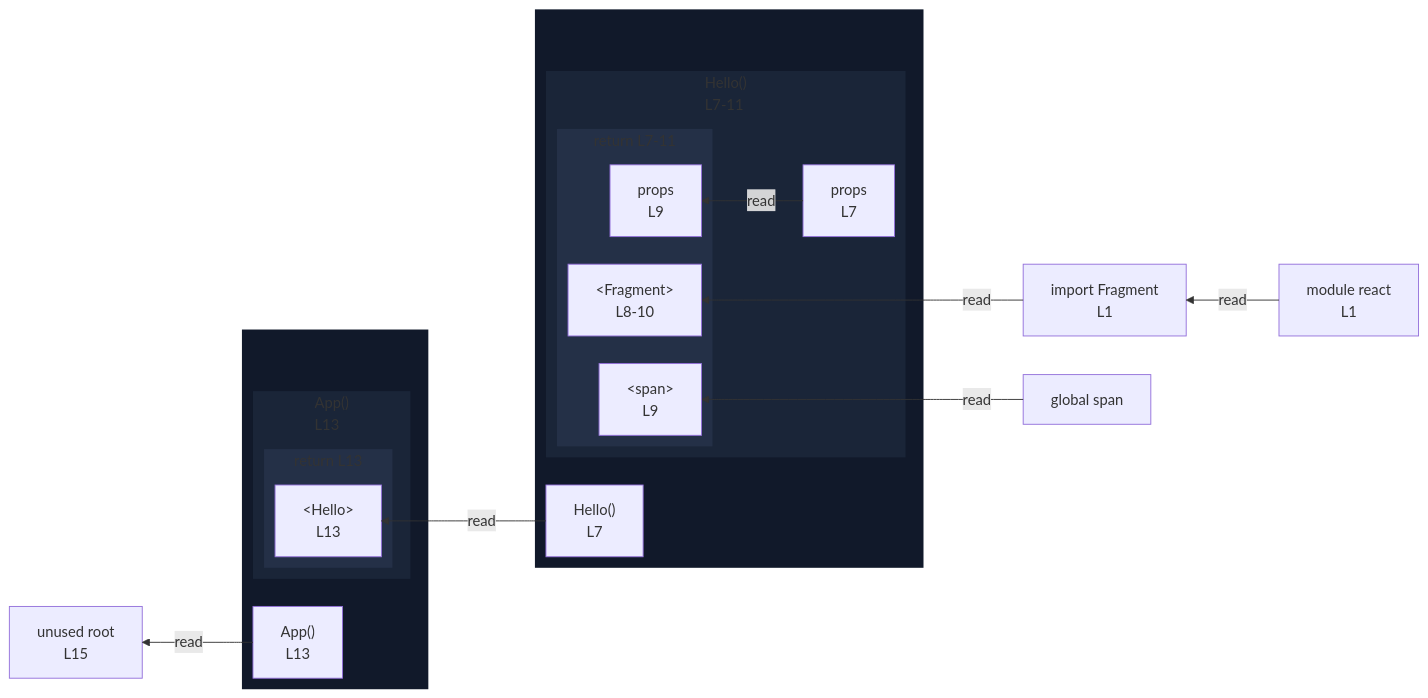
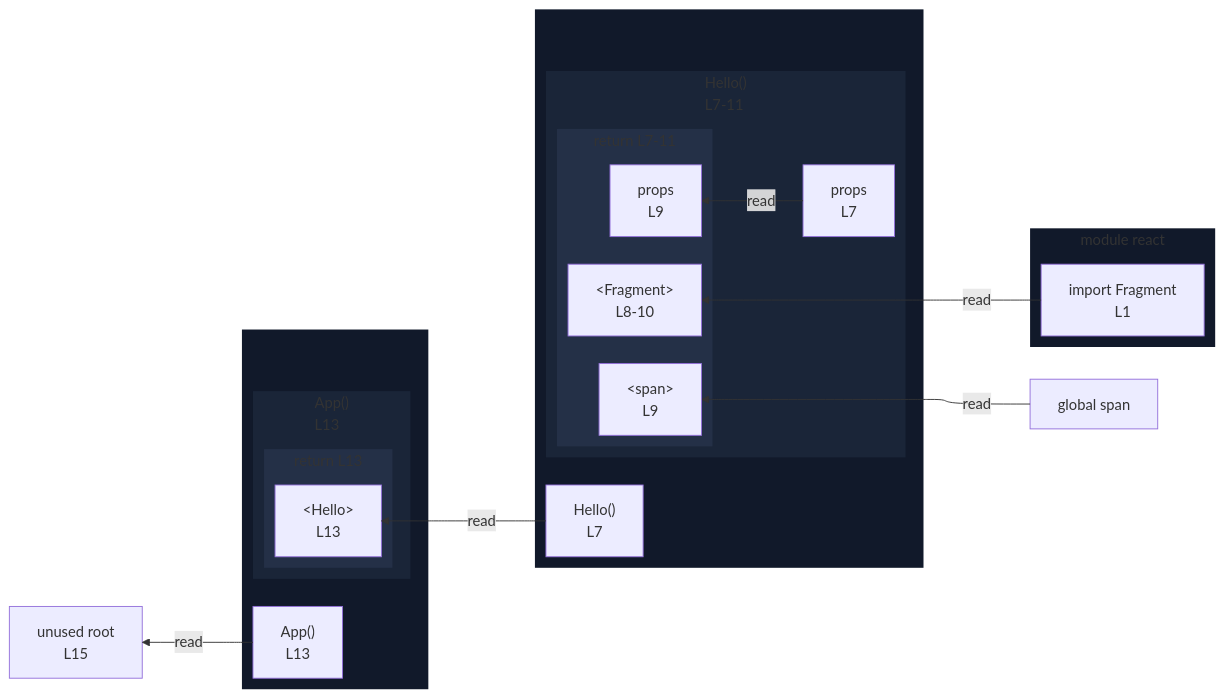
The diagram in integration/fixtures/jsx/component/preview.md (crescware/unsnarl), drawn with Mermaid before and after one commit. The commit also changed 153 other files, not shown here.

First line of the commit message:
Render import sources as module subgraphs instead of module nodes

````diff
--- a/integration/fixtures/jsx/component/preview.md
+++ b/integration/fixtures/jsx/component/preview.md
@@ -25,48 +25,50 @@
 ```mermaid
 %%{init: {"flowchart": {"defaultRenderer": "elk"}}}%%
 flowchart RL
-  n_scope_0_Fragment_9["import Fragment<br/>L1"]
   n_scope_0_root_237["unused root<br/>L15"]
   n_scope_0_span_125["global span"]
   subgraph wrap_s_scope_1[" "]
     direction TB
     n_scope_0_Hello_79["Hello()<br/>L7"]
     subgraph s_scope_1["Hello()<br/>L7-11"]
       direction RL
       n_scope_1_props_88["props<br/>L7"]
       subgraph s_return_scope_0_Hello_79_105_187["return L7-11"]
         direction RL
         ret_use_ref_1["&lt;Fragment&gt;<br/>L8-10"]
         ret_use_ref_2["&lt;span&gt;<br/>L9"]
         ret_use_ref_3["props<br/>L9"]
       end
     end
   end
   subgraph wrap_s_scope_2[" "]
     direction TB
     n_scope_0_App_196["App()<br/>L13"]
     subgraph s_scope_2["App()<br/>L13"]
       direction RL
       subgraph s_return_scope_0_App_196_208_228["return L13"]
         direction RL
         ret_use_ref_5["&lt;Hello&gt;<br/>L13"]
       end
     end
   end
+  subgraph sg_react["module react"]
+    direction RL
+    n_scope_0_Fragment_9["import Fragment<br/>L1"]
+  end
   n_scope_0_Fragment_9 -->|read| ret_use_ref_1
   n_scope_0_span_125 -->|read| ret_use_ref_2
   n_scope_1_props_88 -->|read| ret_use_ref_3
   n_scope_0_Hello_79 -->|read| ret_use_ref_5
   n_scope_0_App_196 -->|read| n_scope_0_root_237
-  mod_react["module react<br/>L1"]
-  mod_react -->|read| n_scope_0_Fragment_9
   classDef nestL1 fill:#11192a,stroke:transparent;
   class wrap_s_scope_1 nestL1;
   class wrap_s_scope_2 nestL1;
+  class sg_react nestL1;
   classDef nestL2 fill:#1a2538,stroke:transparent;
   class s_scope_1 nestL2;
   class s_scope_2 nestL2;
   classDef nestL3 fill:#243047,stroke:transparent;
   class s_return_scope_0_Hello_79_105_187 nestL3;
   class s_return_scope_0_App_196_208_228 nestL3;
 ```
````
